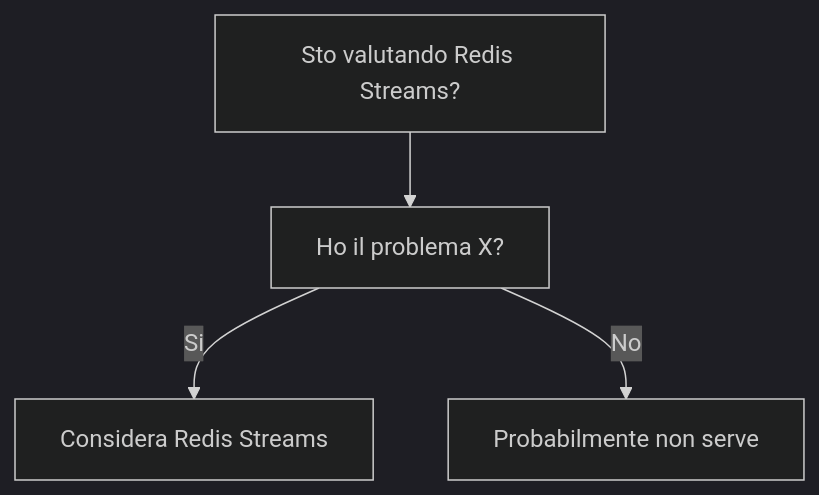
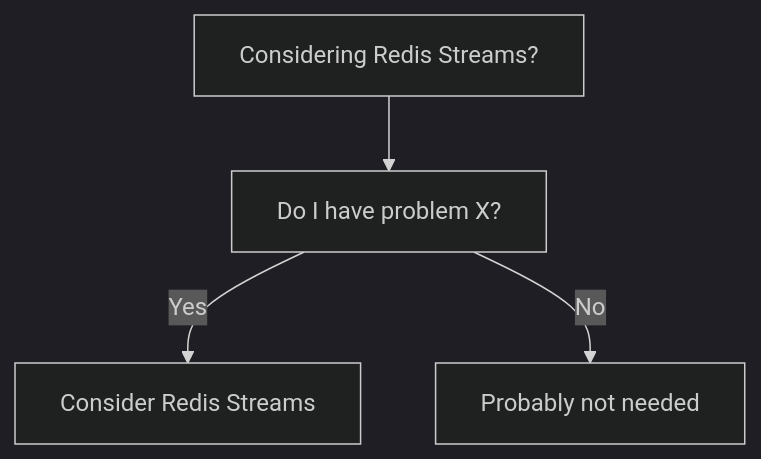
The diagram in dev-wiki/13_Integration/Message_Brokers/Redis_Streams/When_To_Use.md (HxT9/Software-Dev-Wiki), drawn with Mermaid (dark theme) before and after one commit. The commit also changed other lines of this file and 3444 other files, not shown here.

````diff
--- a/dev-wiki/13_Integration/Message_Brokers/Redis_Streams/When_To_Use.md
+++ b/dev-wiki/13_Integration/Message_Brokers/Redis_Streams/When_To_Use.md
@@ -19,6 +19,6 @@
 ```mermaid
 flowchart TD
-  Q[Sto valutando Redis Streams?] --> Q1[Ho il problema X?]
-  Q1 -->|Si| OK[Considera Redis Streams]
-  Q1 -->|No| NO[Probabilmente non serve]
+  Q[Considering Redis Streams?] --> Q1[Do I have problem X?]
+  Q1 -->|Yes| OK[Consider Redis Streams]
+  Q1 -->|No| NO[Probably not needed]
 ```
````
